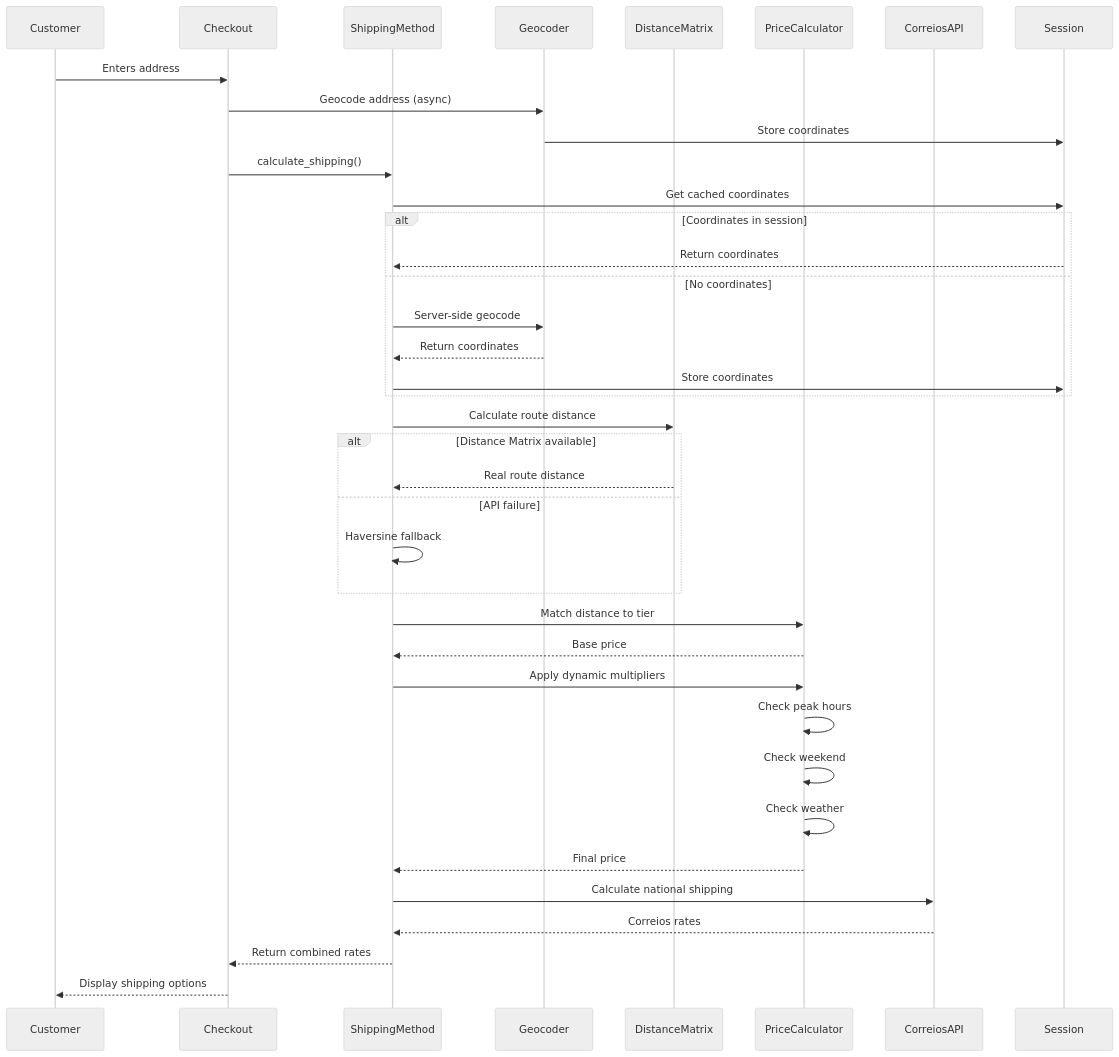
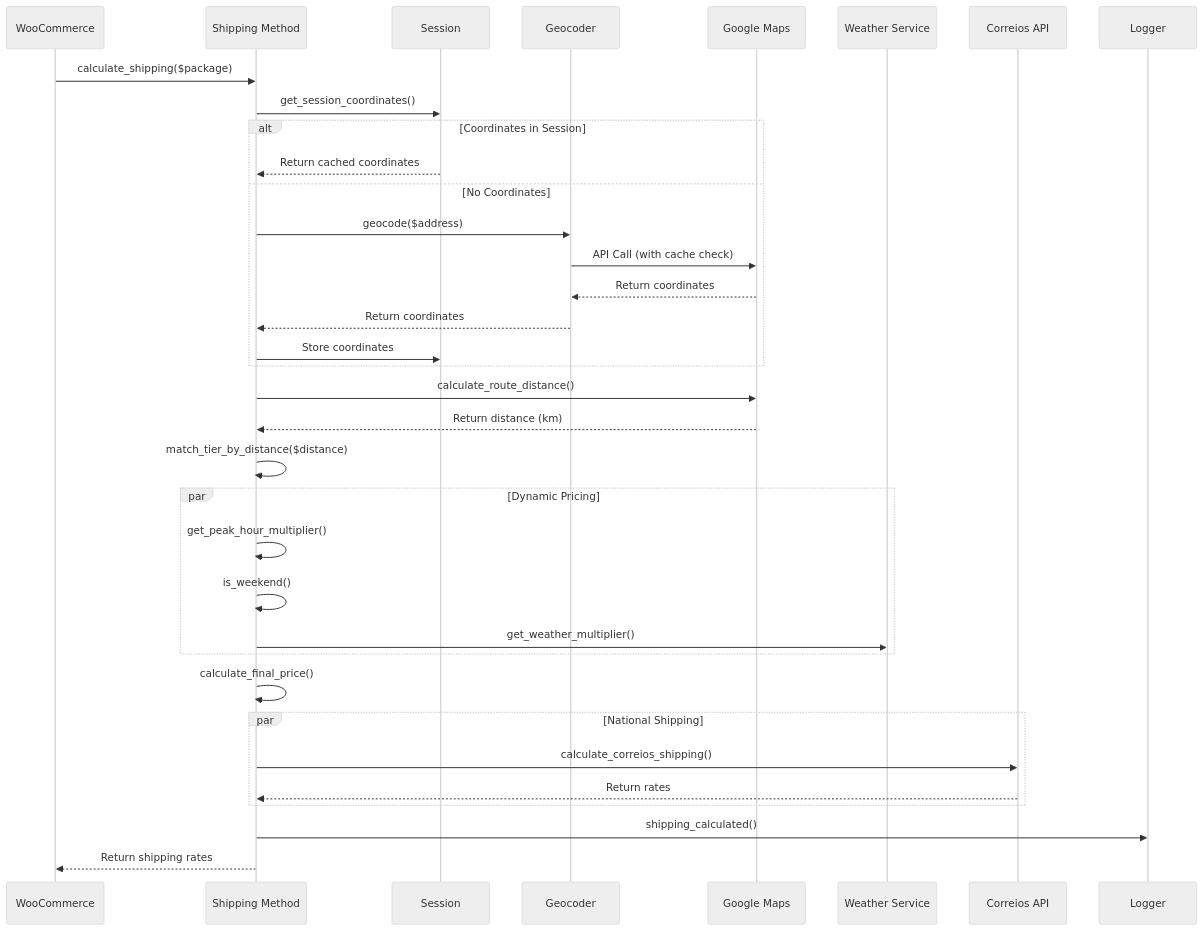
Before and after one commit to gustavofullstack/Woo_envios: the third of 3 diagrams in docs/ARCHITECTURE.md, drawn with Mermaid (neutral theme). The commit also changed other lines of this file and 5 other files, not shown here.

````diff
--- a/docs/ARCHITECTURE.md
+++ b/docs/ARCHITECTURE.md
@@ -205,47 +226,45 @@
 ```mermaid
 sequenceDiagram
-    participant Customer
-    participant Checkout
-    participant ShippingMethod
-    participant Geocoder
-    participant DistanceMatrix
-    participant PriceCalculator
-    participant CorreiosAPI
-    participant Session
+    participant WC as WooCommerce
+    participant SM as Shipping Method
+    participant SESS as Session
+    participant GEO as Geocoder
+    participant GM as Google Maps
+    participant WTH as Weather Service
+    participant COR as Correios API
+    participant LOG as Logger
 
-    Customer->>Checkout: Enters address
-    Checkout->>Geocoder: Geocode address (async)
-    Geocoder->>Session: Store coordinates
-    Checkout->>ShippingMethod: calculate_shipping()
+    WC->>SM: calculate_shipping($package)
+    SM->>SESS: get_session_coordinates()
     
-    ShippingMethod->>Session: Get cached coordinates
-    alt Coordinates in session
-        Session-->>ShippingMethod: Return coordinates
-    else No coordinates
-        ShippingMethod->>Geocoder: Server-side geocode
-        Geocoder-->>ShippingMethod: Return coordinates
-        ShippingMethod->>Session: Store coordinates
+    alt Coordinates in Session
+        SESS-->>SM: Return cached coordinates
+    else No Coordinates
+        SM->>GEO: geocode($address)
+        GEO->>GM: API Call (with cache check)
+        GM-->>GEO: Return coordinates
+        GEO-->>SM: Return coordinates
+        SM->>SESS: Store coordinates
     end
     
-    ShippingMethod->>DistanceMatrix: Calculate route distance
-    alt Distance Matrix available
-        DistanceMatrix-->>ShippingMethod: Real route distance
-    else API failure
-        ShippingMethod->>ShippingMethod: Haversine fallback
+    SM->>GM: calculate_route_distance()
+    GM-->>SM: Return distance (km)
+    
+    SM->>SM: match_tier_by_distance($distance)
+    
+    par Dynamic Pricing
+        SM->>SM: get_peak_hour_multiplier()
+        SM->>SM: is_weekend()
+        SM->>WTH: get_weather_multiplier()
     end
     
-    ShippingMethod->>PriceCalculator: Match distance to tier
-    PriceCalculator-->>ShippingMethod: Base price
+    SM->>SM: calculate_final_price()
     
-    ShippingMethod->>PriceCalculator: Apply dynamic multipliers
-    PriceCalculator->>PriceCalculator: Check peak hours
-    PriceCalculator->>PriceCalculator: Check weekend
-    PriceCalculator->>PriceCalculator: Check weather
-    PriceCalculator-->>ShippingMethod: Final price
+    par National Shipping
+        SM->>COR: calculate_correios_shipping()
+        COR-->>SM: Return rates
+    end
     
-    ShippingMethod->>CorreiosAPI: Calculate national shipping
-    CorreiosAPI-->>ShippingMethod: Correios rates
-    
-    ShippingMethod-->>Checkout: Return combined rates
-    Checkout-->>Customer: Display shipping options
+    SM->>LOG: shipping_calculated()
+    SM-->>WC: Return shipping rates
 ```
````
